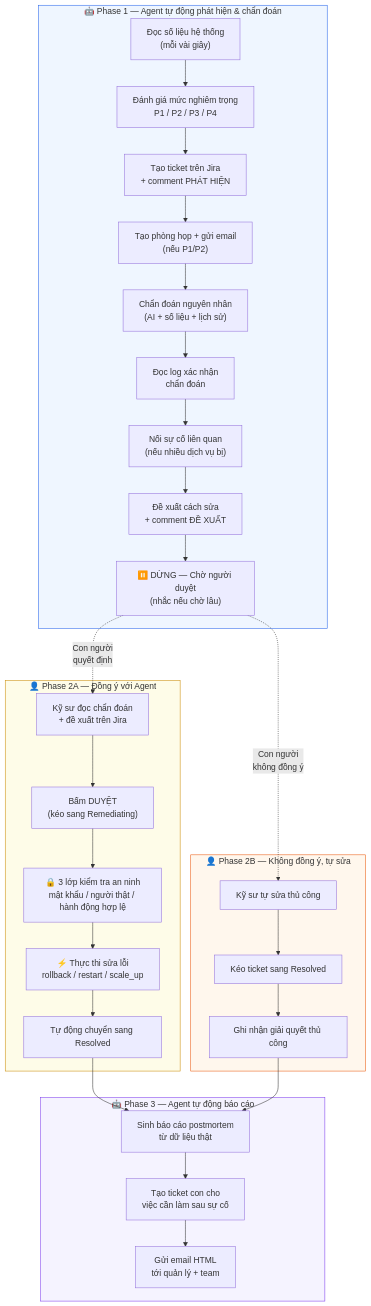
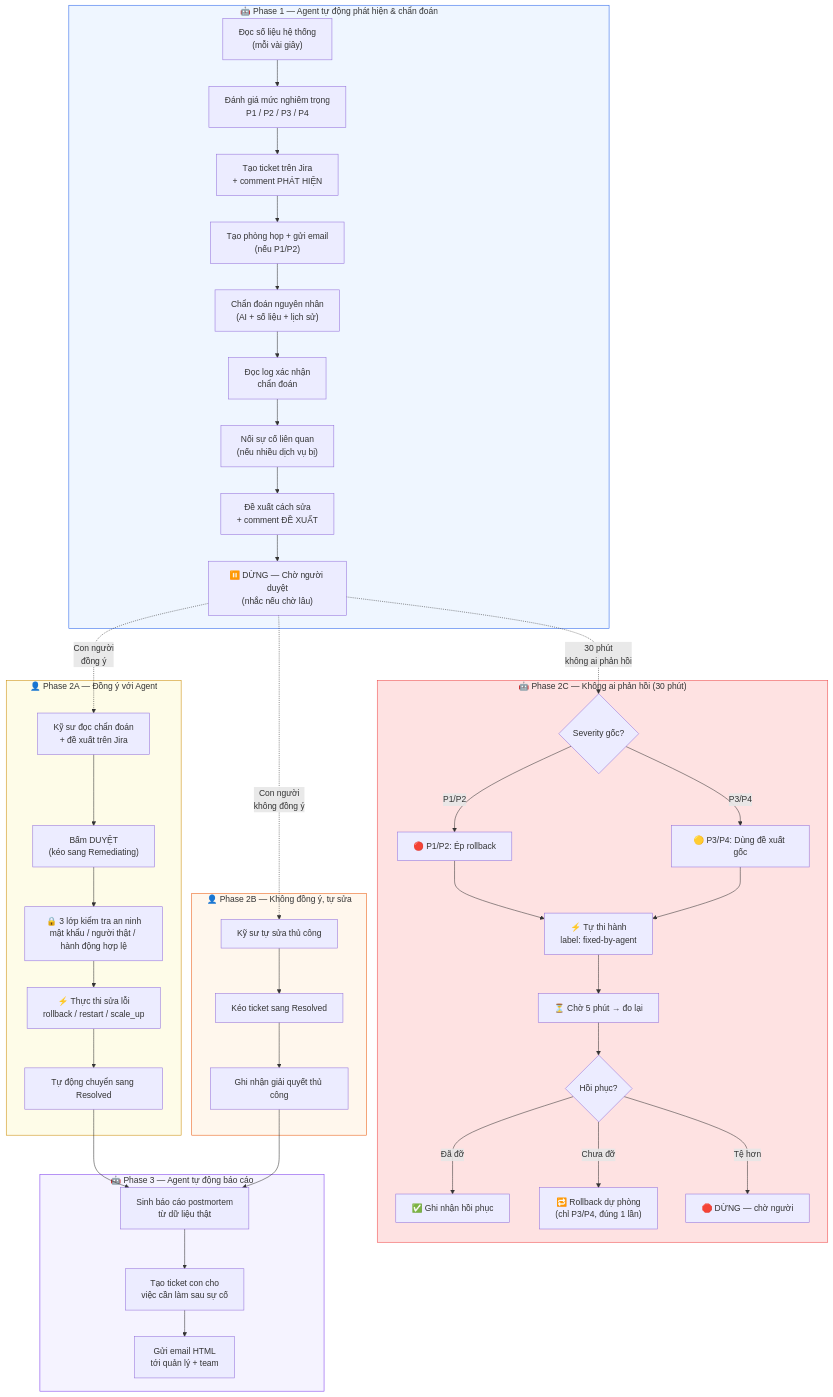
One commit to Vietpn1909/AI-Incident-Response-Orchestration-Agent changed the diagram in docs/pipeline.md. Above: the diagram before and after it, drawn with Mermaid. The commit also changed other lines of this file and 53 other files, not shown here.

````diff
--- a/docs/pipeline.md
+++ b/docs/pipeline.md
@@ -482,52 +578,73 @@
 ```mermaid
 flowchart TD
     subgraph PHASE1["🤖 Phase 1 — Agent tự động phát hiện & chẩn đoán"]
         A1["Đọc số liệu hệ thống<br/>(mỗi vài giây)"]
         A2["Đánh giá mức nghiêm trọng<br/>P1 / P2 / P3 / P4"]
         A3["Tạo ticket trên Jira<br/>+ comment PHÁT HIỆN"]
         A4["Tạo phòng họp + gửi email<br/>(nếu P1/P2)"]
         A5["Chẩn đoán nguyên nhân<br/>(AI + số liệu + lịch sử)"]
         A6["Đọc log xác nhận<br/>chẩn đoán"]
         A7["Nối sự cố liên quan<br/>(nếu nhiều dịch vụ bị)"]
         A8["Đề xuất cách sửa<br/>+ comment ĐỀ XUẤT"]
         A9["⏸️ DỪNG — Chờ người duyệt<br/>(nhắc nếu chờ lâu)"]
 
         A1 --> A2 --> A3 --> A4 --> A5 --> A6 --> A7 --> A8 --> A9
     end
 
     subgraph PHASE2A["👤 Phase 2A — Đồng ý với Agent"]
         B1["Kỹ sư đọc chẩn đoán<br/>+ đề xuất trên Jira"]
         B2["Bấm DUYỆT<br/>(kéo sang Remediating)"]
         B3["🔒 3 lớp kiểm tra an ninh<br/>mật khẩu / người thật / hành động hợp lệ"]
         B4["⚡ Thực thi sửa lỗi<br/>rollback / restart / scale_up"]
         B5["Tự động chuyển sang Resolved"]
 
         B1 --> B2 --> B3 --> B4 --> B5
     end
 
     subgraph PHASE2B["👤 Phase 2B — Không đồng ý, tự sửa"]
         D1["Kỹ sư tự sửa thủ công"]
         D2["Kéo ticket sang Resolved"]
         D3["Ghi nhận giải quyết thủ công"]
 
         D1 --> D2 --> D3
     end
 
+    subgraph PHASE2C["🤖 Phase 2C — Không ai phản hồi (30 phút)"]
+        E1{"Severity gốc?"}
+        E2["🔴 P1/P2: Ép rollback"]
+        E3["🟡 P3/P4: Dùng đề xuất gốc"]
+        E4["⚡ Tự thi hành<br/>label: fixed-by-agent"]
+        E5["⏳ Chờ 5 phút → đo lại"]
+        E6{"Hồi phục?"}
+        E7["✅ Ghi nhận hồi phục"]
+        E8["🔁 Rollback dự phòng<br/>(chỉ P3/P4, đúng 1 lần)"]
+        E9["🛑 DỪNG — chờ người"]
+
+        E1 -->|"P1/P2"| E2 --> E4
+        E1 -->|"P3/P4"| E3 --> E4
+        E4 --> E5 --> E6
+        E6 -->|"Đã đỡ"| E7
+        E6 -->|"Chưa đỡ"| E8
+        E6 -->|"Tệ hơn"| E9
+    end
+
     subgraph PHASE3["🤖 Phase 3 — Agent tự động báo cáo"]
         C1["Sinh báo cáo postmortem<br/>từ dữ liệu thật"]
         C2["Tạo ticket con cho<br/>việc cần làm sau sự cố"]
         C3["Gửi email HTML<br/>tới quản lý + team"]
 
         C1 --> C2 --> C3
     end
 
-    A9 -.->|"Con người<br/>quyết định"| B1
+    A9 -.->|"Con người<br/>đồng ý"| B1
     A9 -.->|"Con người<br/>không đồng ý"| D1
+    A9 -.->|"30 phút<br/>không ai phản hồi"| E1
     B5 --> C1
     D3 --> C1
 
     style PHASE1 fill:#eff6ff,stroke:#2563eb
     style PHASE2A fill:#fefce8,stroke:#ca8a04
     style PHASE2B fill:#fff7ed,stroke:#ea580c
+    style PHASE2C fill:#fee2e2,stroke:#ef4444
     style PHASE3 fill:#f5f3ff,stroke:#7c3aed
 ```
````
